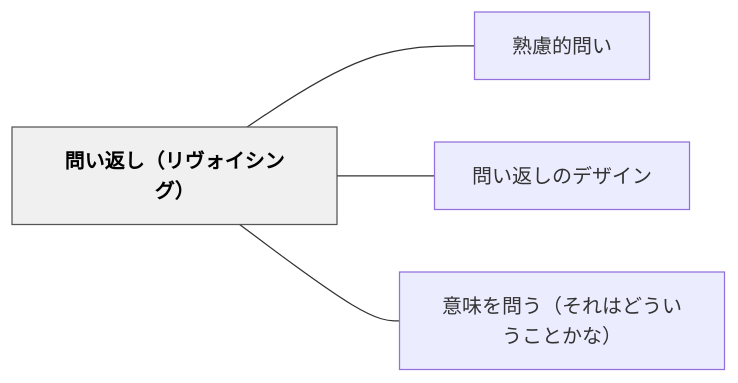
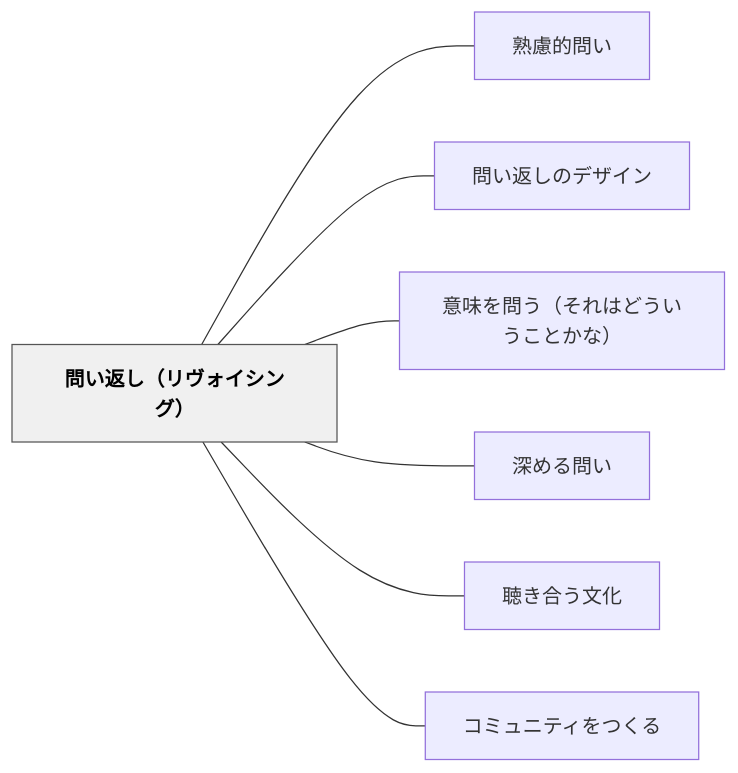
Before and after one commit to unknownthings-ed-patterns/unknownthings-ed-patterns: the diagram in content/パタン/問い返し（リヴォイシング）.md, drawn with Mermaid. The commit also changed other lines of this file and 35 other files, not shown here.

````diff
--- a/content/パタン/問い返し（リヴォイシング）.md
+++ b/content/パタン/問い返し（リヴォイシング）.md
@@ -40,14 +43,20 @@
 ```mermaid
 flowchart LR
     ne5958fe38184e8bf94e38197efbc88e383aae383b4e382a9e382a4e382b7e383b3e382b0efbc89["問い返し（リヴォイシング）"]
     ne7869fe685aee79a84e5958fe38184["熟慮的問い"]
     ne5958fe38184e8bf94e38197e381aee38387e382b6e382a4e383b3["問い返しのデザイン"]
     ne6848fe591b3e38292e5958fe38186efbc88e3819de3828ce381afe381a9e38186e38184e38186e38193e381a8e3818be381aaefbc89["意味を問う（それはどういうことかな）"]
+    ne6b7b1e38281e3828be5958fe38184["深める問い"]
+    ne881b4e3818de59088e38186e69687e58c96["聴き合う文化"]
+    ne382b3e3839fe383a5e3838be38386e382a3e38292e381a4e3818fe3828b["コミュニティをつくる"]
 
     ne5958fe38184e8bf94e38197efbc88e383aae383b4e382a9e382a4e382b7e383b3e382b0efbc89 --- ne7869fe685aee79a84e5958fe38184
     ne5958fe38184e8bf94e38197efbc88e383aae383b4e382a9e382a4e382b7e383b3e382b0efbc89 --- ne5958fe38184e8bf94e38197e381aee38387e382b6e382a4e383b3
     ne5958fe38184e8bf94e38197efbc88e383aae383b4e382a9e382a4e382b7e383b3e382b0efbc89 --- ne6848fe591b3e38292e5958fe38186efbc88e3819de3828ce381afe381a9e38186e38184e38186e38193e381a8e3818be381aaefbc89
+    ne5958fe38184e8bf94e38197efbc88e383aae383b4e382a9e382a4e382b7e383b3e382b0efbc89 --- ne6b7b1e38281e3828be5958fe38184
+    ne5958fe38184e8bf94e38197efbc88e383aae383b4e382a9e382a4e382b7e383b3e382b0efbc89 --- ne881b4e3818de59088e38186e69687e58c96
+    ne5958fe38184e8bf94e38197efbc88e383aae383b4e382a9e382a4e382b7e383b3e382b0efbc89 --- ne382b3e3839fe383a5e3838be38386e382a3e38292e381a4e3818fe3828b
 
     classDef hub fill:#f0f0f0,stroke:#555,color:#000,font-weight:bold
     class ne5958fe38184e8bf94e38197efbc88e383aae383b4e382a9e382a4e382b7e383b3e382b0efbc89 hub
 ```
````
